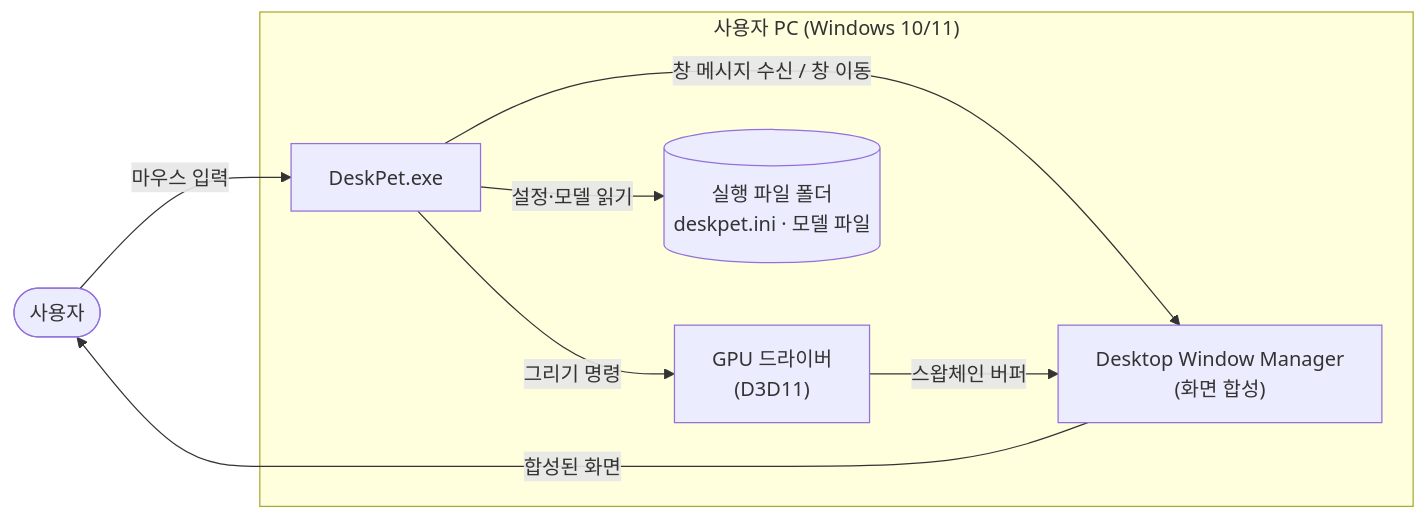
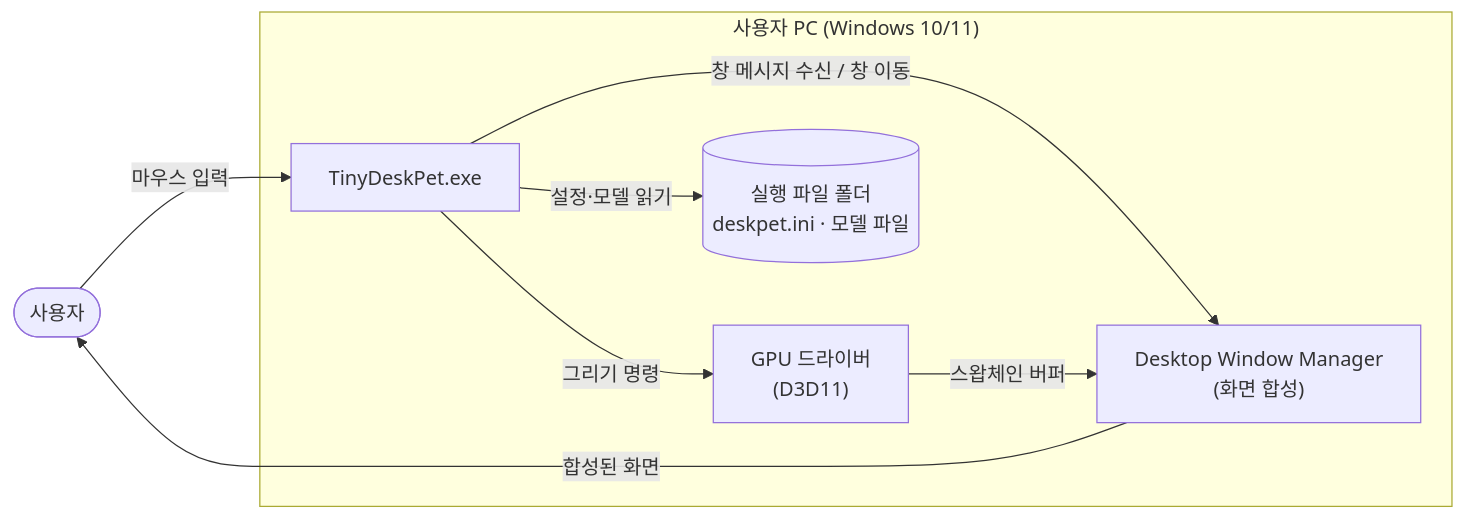
The first of 12 diagrams in docs/02-architecture/SAD.md (ChoHye0N/TinyDeskPet), drawn with Mermaid before and after one commit. The commit also changed other lines of this file and 25 other files, not shown here.

First line of the commit message:
build: 프로그램 이름을 저장소와 같은 TinyDeskPet으로 변경 (#38)

````diff
--- a/docs/02-architecture/SAD.md
+++ b/docs/02-architecture/SAD.md
@@ -42,16 +42,16 @@
 ```mermaid
 flowchart LR
     User(["사용자"])
     subgraph PC["사용자 PC (Windows 10/11)"]
-        DeskPet["DeskPet.exe"]
+        TinyDeskPet["TinyDeskPet.exe"]
         DWM["Desktop Window Manager<br/>(화면 합성)"]
         GPU["GPU 드라이버<br/>(D3D11)"]
         FS[("실행 파일 폴더<br/>deskpet.ini · 모델 파일")]
     end
-    User -- "마우스 입력" --> DeskPet
-    DeskPet -- "창 메시지 수신 / 창 이동" --> DWM
-    DeskPet -- "그리기 명령" --> GPU
+    User -- "마우스 입력" --> TinyDeskPet
+    TinyDeskPet -- "창 메시지 수신 / 창 이동" --> DWM
+    TinyDeskPet -- "그리기 명령" --> GPU
     GPU -- "스왑체인 버퍼" --> DWM
     DWM -- "합성된 화면" --> User
-    DeskPet -- "설정·모델 읽기" --> FS
+    TinyDeskPet -- "설정·모델 읽기" --> FS
 ```
````
